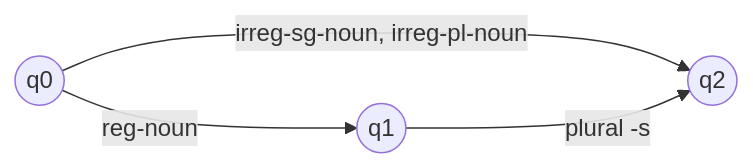
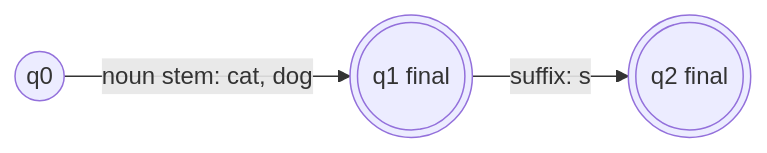
Before and after one commit to TrendySloth1001/sem-seven-notes: the first of 3 diagrams in content/natural-language-processing/pyq/2023-12-ce/q2a.mdx, drawn with Mermaid. The commit also changed other lines of this file and 406 other files, not shown here.

````diff
--- a/content/natural-language-processing/pyq/2023-12-ce/q2a.mdx
+++ b/content/natural-language-processing/pyq/2023-12-ce/q2a.mdx
@@ -9,7 +11,6 @@
 ```mermaid
-%% caption: Noun FSA. A regular noun can stop at q1 (singular) or add -s to reach q2 (plural); irregular nouns go straight to q2.
+%% caption: FSA for nouns. A noun stem is a word; adding the plural suffix s also gives a word (cat, cats).
 flowchart LR
-  S(("q0")) -- "reg-noun" --> A(("q1"))
-  S -- "irreg-sg-noun, irreg-pl-noun" --> B(("q2"))
-  A -- "plural -s" --> B
+  A(("q0")) -- "noun stem: cat, dog" --> B((("q1 final")))
+  B -- "suffix: s" --> C((("q2 final")))
 ```
````
